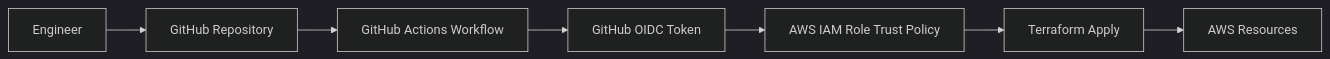
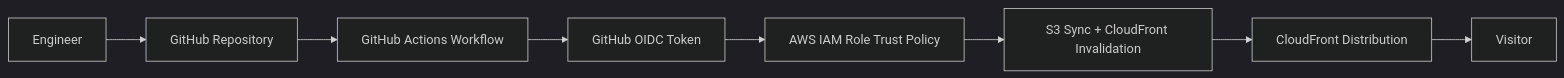
One commit to cesardone-dev/terraform-portfolio changed the first of 2 diagrams in README.md. Above: the diagram before and after it, drawn with Mermaid (dark theme). The commit also changed other lines of this file, not shown here.

````diff
--- a/README.md
+++ b/README.md
@@ -27,9 +29,10 @@
 ```mermaid
 flowchart LR
     Dev[Engineer] --> GH[GitHub Repository]
     GH --> GHA[GitHub Actions Workflow]
     GHA --> OIDC[GitHub OIDC Token]
     OIDC --> IAM[AWS IAM Role Trust Policy]
-    IAM --> TF[Terraform Apply]
-    TF --> AWS[AWS Resources]
+    IAM --> S3[S3 Sync + CloudFront Invalidation]
+    S3 --> CF[CloudFront Distribution]
+    CF --> User[Visitor]
 ```
````
